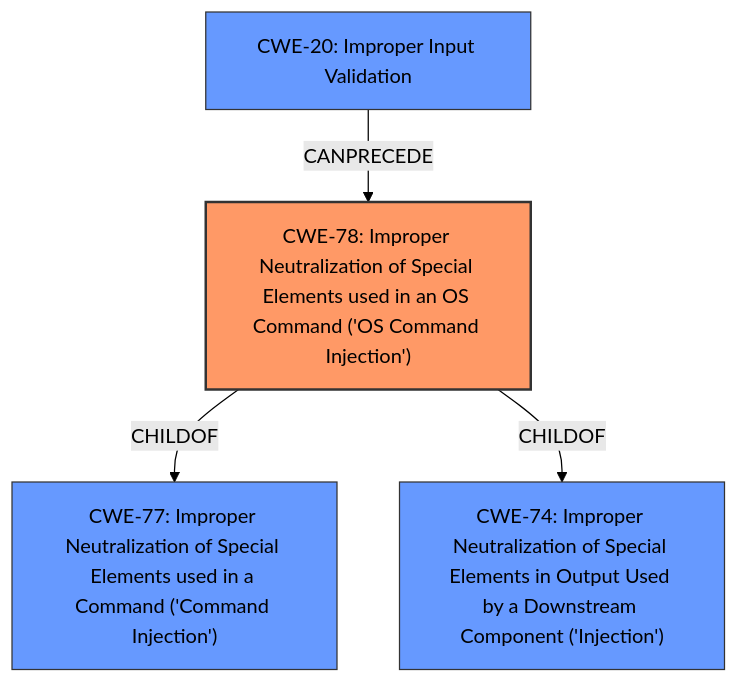
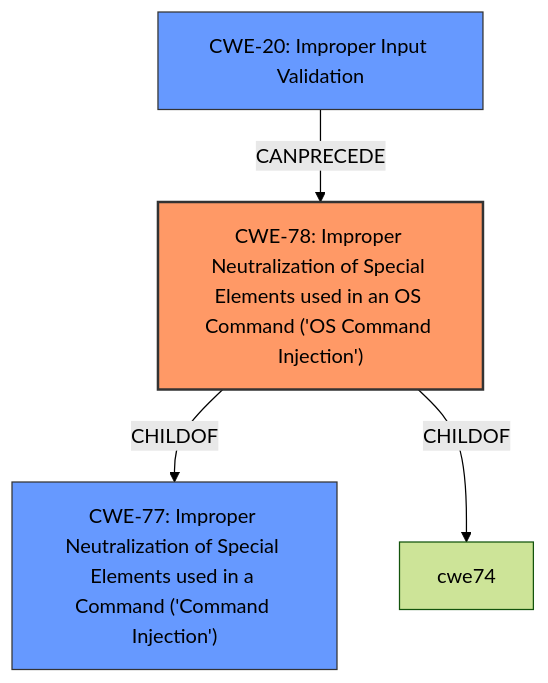
The diagram in CVE-2021-1498/CVE-2021-1498_analysis.md (CyberSecAI/cwe_agent_assign_reports_2023), drawn with Mermaid (forest theme) before and after one commit. The commit also changed other lines of this file and 902 other files, not shown here.

````diff
--- a/CVE-2021-1498/CVE-2021-1498_analysis.md
+++ b/CVE-2021-1498/CVE-2021-1498_analysis.md
@@ -17,17 +17,16 @@
 ```mermaid
 graph TD
     cwe78["CWE-78: Improper Neutralization of Special Elements used in an OS Command ('OS Command Injection')"]
     cwe77["CWE-77: Improper Neutralization of Special Elements used in a Command ('Command Injection')"]
-    cwe74["CWE-74: Improper Neutralization of Special Elements in Output Used by a Downstream Component ('Injection')"]
     cwe20["CWE-20: Improper Input Validation"]
 
     cwe78 -->|CHILDOF| cwe77
     cwe78 -->|CHILDOF| cwe74
     cwe20 -->|CANPRECEDE| cwe78
 
     classDef primary fill:#f96,stroke:#333,stroke-width:2px
     classDef secondary fill:#69f,stroke:#333
     classDef tertiary fill:#9e9,stroke:#333
     class cwe78 primary
-    class cwe77,cwe74,cwe20 secondary
+    class cwe77,cwe20 secondary
 ```
````
